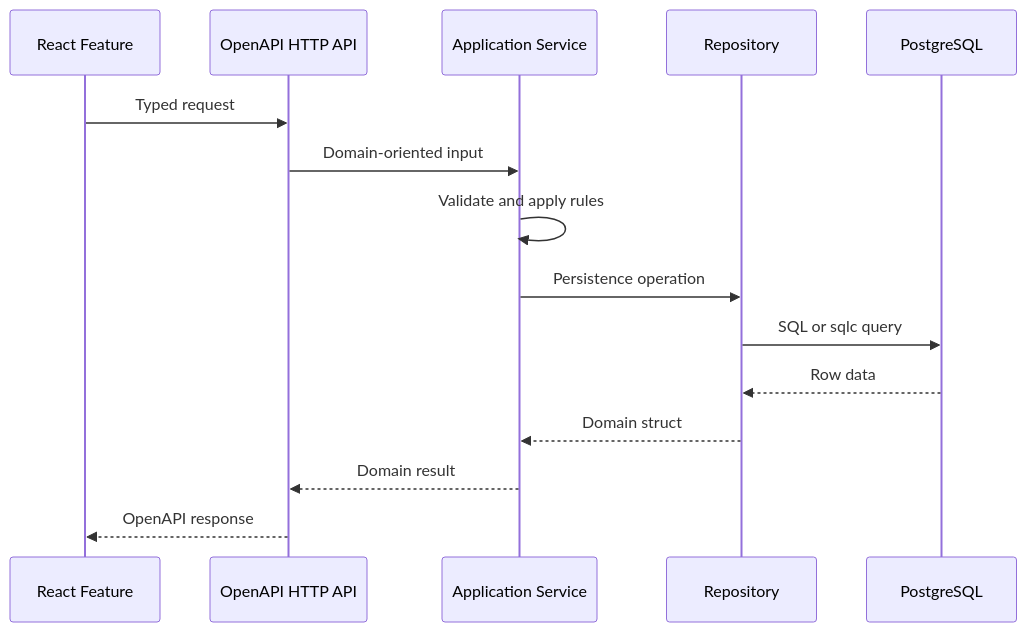
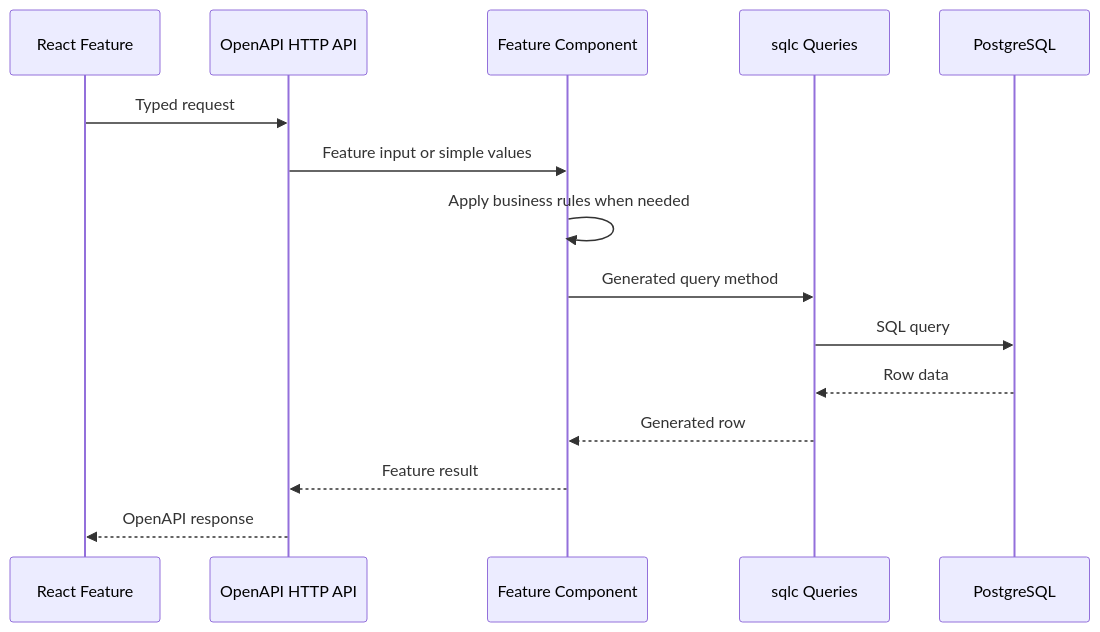
Before and after one commit to finsight-org/finsight: the third of 3 diagrams in docs/foundation/technical-direction.md, drawn with Mermaid. The commit also changed other lines of this file and 35 other files, not shown here.

First line of the commit message:
Refactor account feature around sqlc (#20)

````diff
--- a/docs/foundation/technical-direction.md
+++ b/docs/foundation/technical-direction.md
@@ -68,18 +68,18 @@
 ```mermaid
 sequenceDiagram
     participant Web as React Feature
     participant API as OpenAPI HTTP API
-    participant Service as Application Service
-    participant Repo as Repository
+    participant Feature as Feature Component
+    participant SQLC as sqlc Queries
     participant DB as PostgreSQL
 
     Web->>API: Typed request
-    API->>Service: Domain-oriented input
-    Service->>Service: Validate and apply rules
-    Service->>Repo: Persistence operation
-    Repo->>DB: SQL or sqlc query
-    DB-->>Repo: Row data
-    Repo-->>Service: Domain struct
-    Service-->>API: Domain result
+    API->>Feature: Feature input or simple values
+    Feature->>Feature: Apply business rules when needed
+    Feature->>SQLC: Generated query method
+    SQLC->>DB: SQL query
+    DB-->>SQLC: Row data
+    SQLC-->>Feature: Generated row
+    Feature-->>API: Feature result
     API-->>Web: OpenAPI response
 ```
````
